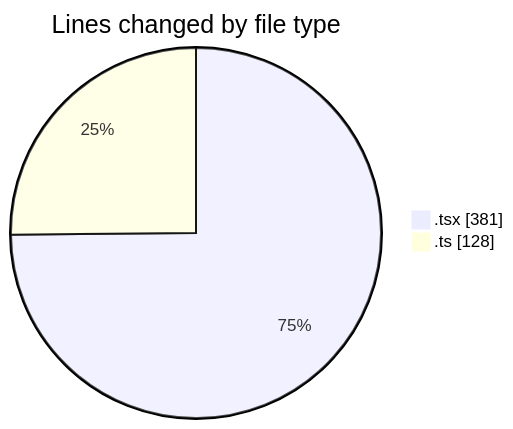
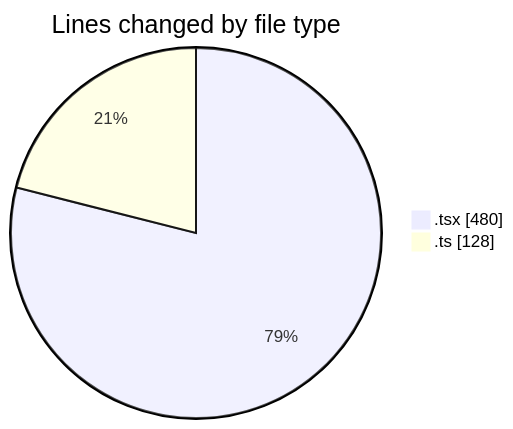
One commit to nxtqubesakshisongat/code-tracking changed the first of 2 diagrams in 2026-04-20/airfeed-analytics-dashboard/README.md. Above: the diagram before and after it, drawn with Mermaid. The commit also changed other lines of this file and 1 other file, not shown here.

````diff
--- a/2026-04-20/airfeed-analytics-dashboard/README.md
+++ b/2026-04-20/airfeed-analytics-dashboard/README.md
@@ -22,6 +23,6 @@
 ```mermaid
 pie showData
 title Lines changed by file type
-".tsx" : 381
+".tsx" : 480
 ".ts" : 128
 ```
````
